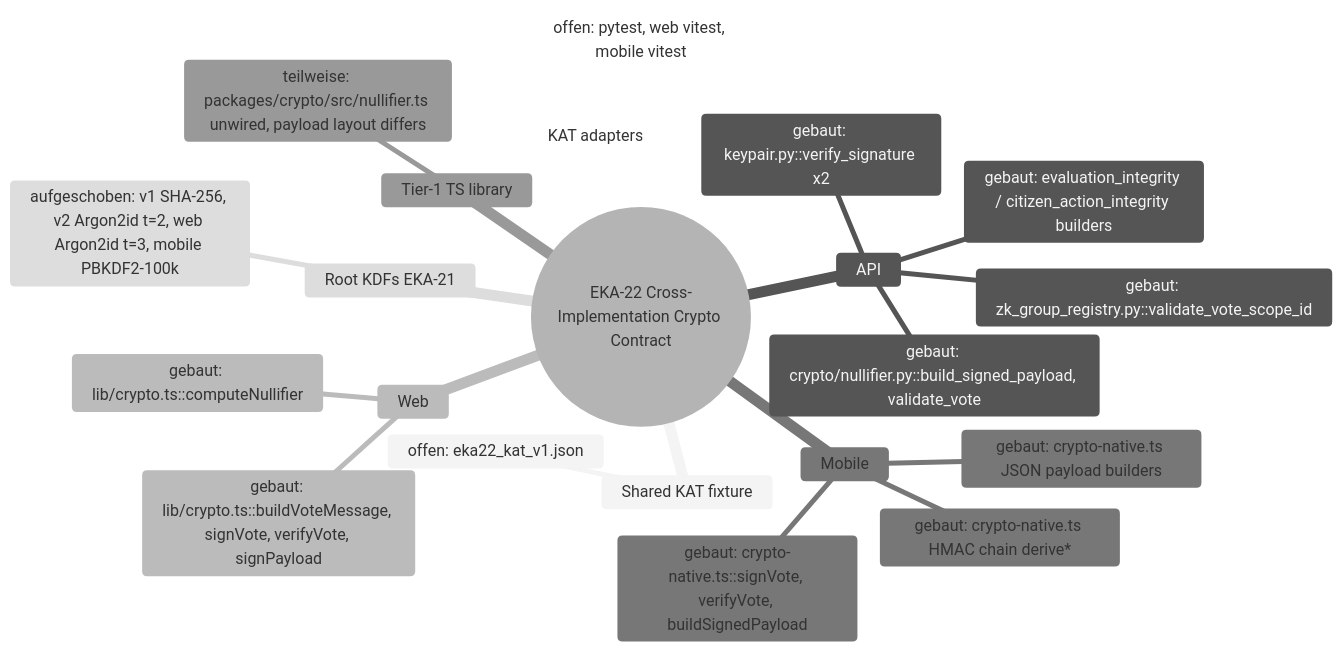
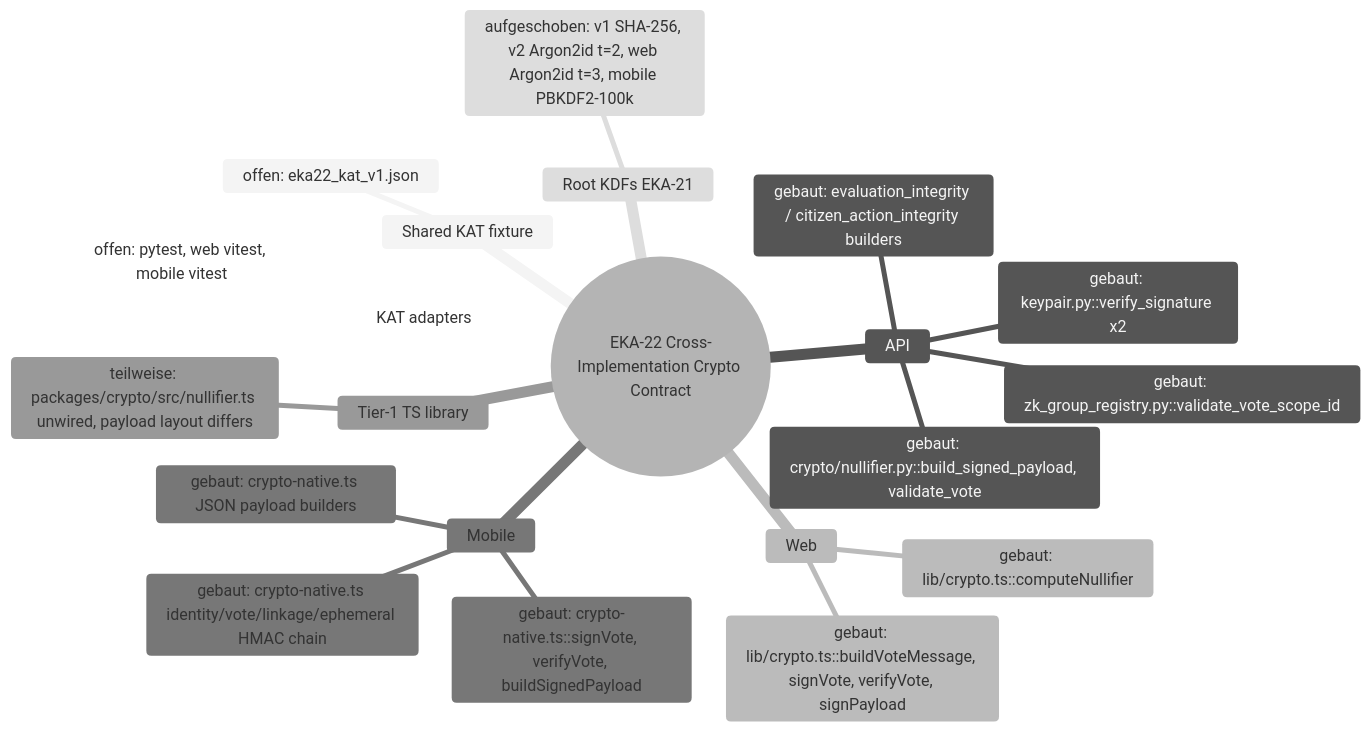
One commit to NeaBouli/pnyx changed the second of 2 diagrams in docs/architecture/MAP.md. Above: the diagram before and after it, drawn with Mermaid (neutral theme). The commit also changed other lines of this file and 3 other files, not shown here.

Commit message:
docs(architecture): narrow EKA-22 shared HMAC hop

````diff
--- a/docs/architecture/MAP.md
+++ b/docs/architecture/MAP.md
@@ -254,24 +254,24 @@
 ```mermaid
 mindmap
   root((EKA-22 Cross-Implementation Crypto Contract))
     Shared KAT fixture
       offen: eka22_kat_v1.json
     API
       gebaut: keypair.py::verify_signature x2
       gebaut: crypto/nullifier.py::build_signed_payload, validate_vote
       gebaut: zk_group_registry.py::validate_vote_scope_id
       gebaut: evaluation_integrity / citizen_action_integrity builders
     Web
       gebaut: lib/crypto.ts::buildVoteMessage, signVote, verifyVote, signPayload
       gebaut: lib/crypto.ts::computeNullifier
     Mobile
       gebaut: crypto-native.ts::signVote, verifyVote, buildSignedPayload
-      gebaut: crypto-native.ts HMAC chain derive*
+      gebaut: crypto-native.ts identity/vote/linkage/ephemeral HMAC chain
       gebaut: crypto-native.ts JSON payload builders
     Tier-1 TS library
       teilweise: packages/crypto/src/nullifier.ts unwired, payload layout differs
     Root KDFs EKA-21
       aufgeschoben: v1 SHA-256, v2 Argon2id t=2, web Argon2id t=3, mobile PBKDF2-100k
     KAT adapters
       offen: pytest, web vitest, mobile vitest
 ```
````
